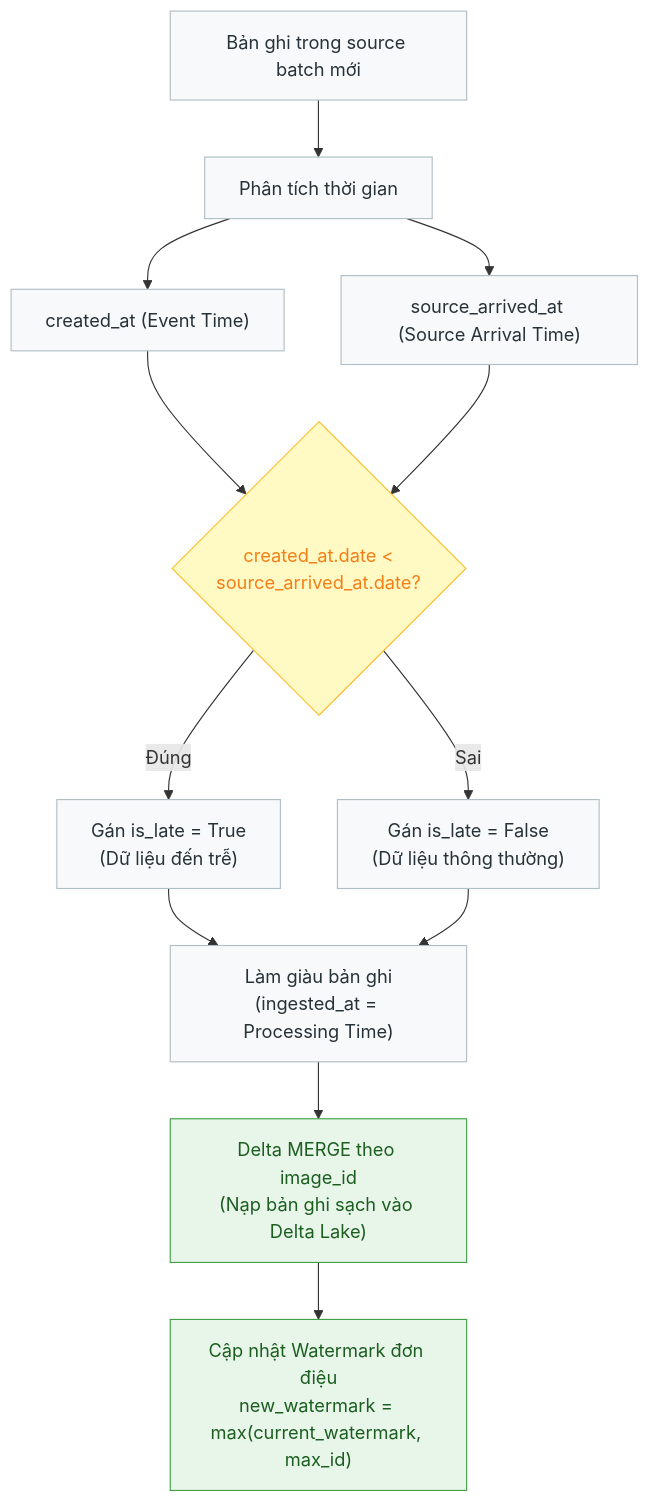
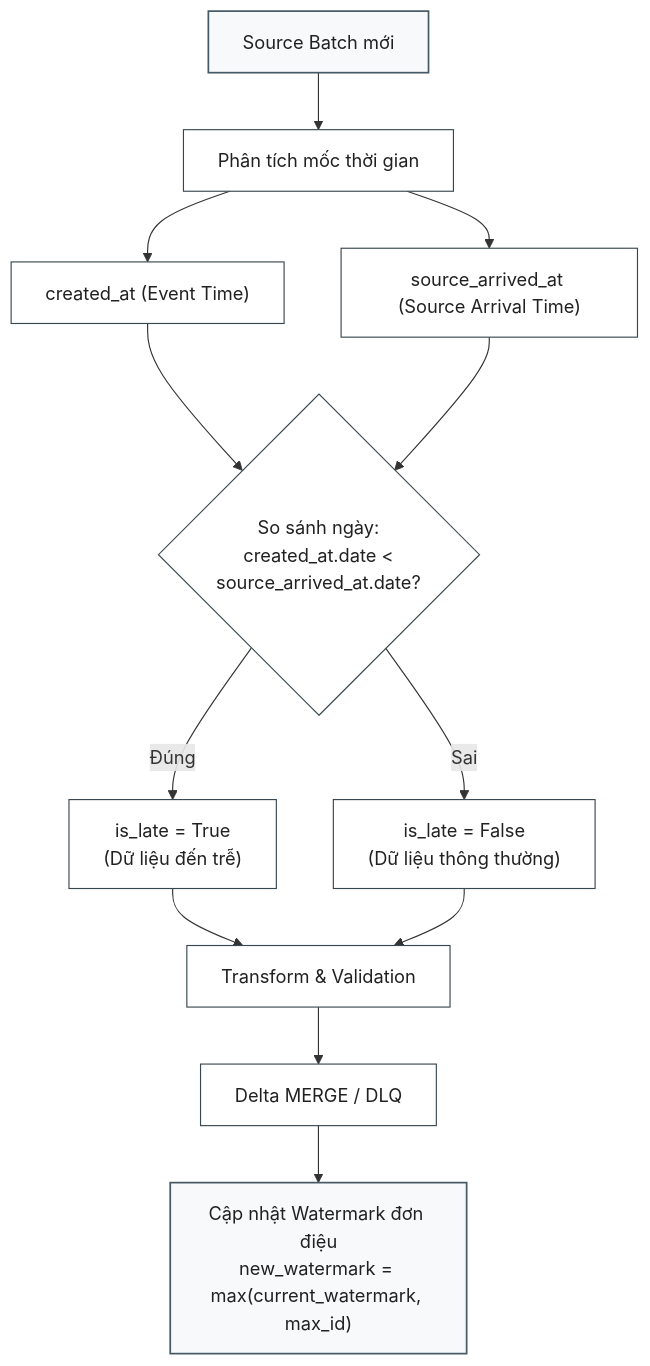
One commit to ttt-huong/big-data changed the second of 2 diagrams in README.md. Above: the diagram before and after it, drawn with Mermaid. The commit also changed other lines of this file, not shown here.

Commit message:
docs: refine README architecture diagrams

````diff
--- a/README.md
+++ b/README.md
@@ -137,22 +121,21 @@
 ```mermaid
 flowchart TD
-    REC["Bản ghi trong source batch mới"] --> PARSE["Phân tích thời gian"]
-    PARSE --> T1["created_at (Event Time)"]
-    PARSE --> T2["source_arrived_at (Source Arrival Time)"]
+    BATCH["Source Batch mới"] --> DATES["Phân tích mốc thời gian"]
+    DATES --> T1["created_at (Event Time)"]
+    DATES --> T2["source_arrived_at (Source Arrival Time)"]
 
-    T1 & T2 --> COMP{"created_at.date <\nsource_arrived_at.date?"}
+    T1 & T2 --> COMP{"So sánh ngày:\ncreated_at.date <\nsource_arrived_at.date?"}
 
-    COMP -- "Đúng" --> LATE["Gán is_late = True\n(Dữ liệu đến trễ)"]
-    COMP -- "Sai" --> NORM["Gán is_late = False\n(Dữ liệu thông thường)"]
+    COMP -- "Đúng" --> LATE["is_late = True\n(Dữ liệu đến trễ)"]
+    COMP -- "Sai" --> NORM["is_late = False\n(Dữ liệu thông thường)"]
 
-    LATE & NORM --> INGEST["Làm giàu bản ghi\n(ingested_at = Processing Time)"]
-    INGEST --> MERGE["Delta MERGE theo image_id\n(Nạp bản ghi sạch vào Delta Lake)"]
+    LATE & NORM --> PROC["Transform & Validation"]
+    PROC --> TARGET["Delta MERGE / DLQ"]
 
-    MERGE --> WM["Cập nhật Watermark đơn điệu\nnew_watermark = max(current_watermark, max_id)"]
+    TARGET --> WM["Cập nhật Watermark đơn điệu\nnew_watermark = max(current_watermark, max_id)"]
 
-    classDef default fill:#F8F9FA,stroke:#B0BEC5,stroke-width:1px,color:#263238;
-    classDef highlight fill:#FFF9C4,stroke:#FBC02D,stroke-width:1px,color:#F57F17;
-    classDef success fill:#E8F5E9,stroke:#43A047,stroke-width:1px,color:#1B5E20;
-    class COMP highlight;
-    class MERGE,WM success;
+    %% Minimalist Styles
+    classDef default fill:#FFFFFF,stroke:#37474F,stroke-width:1px,color:#212121;
+    classDef subtle fill:#F8F9FA,stroke:#455A64,stroke-width:1.5px,color:#212121;
+    class BATCH,WM subtle;
 ```
````
